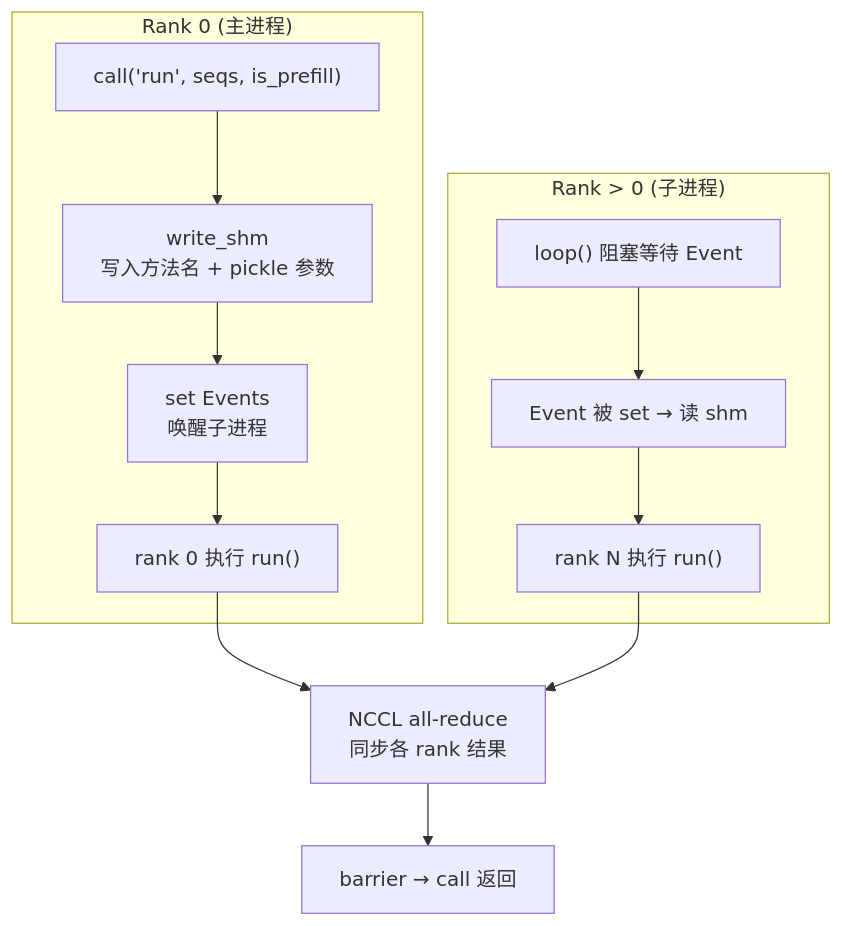
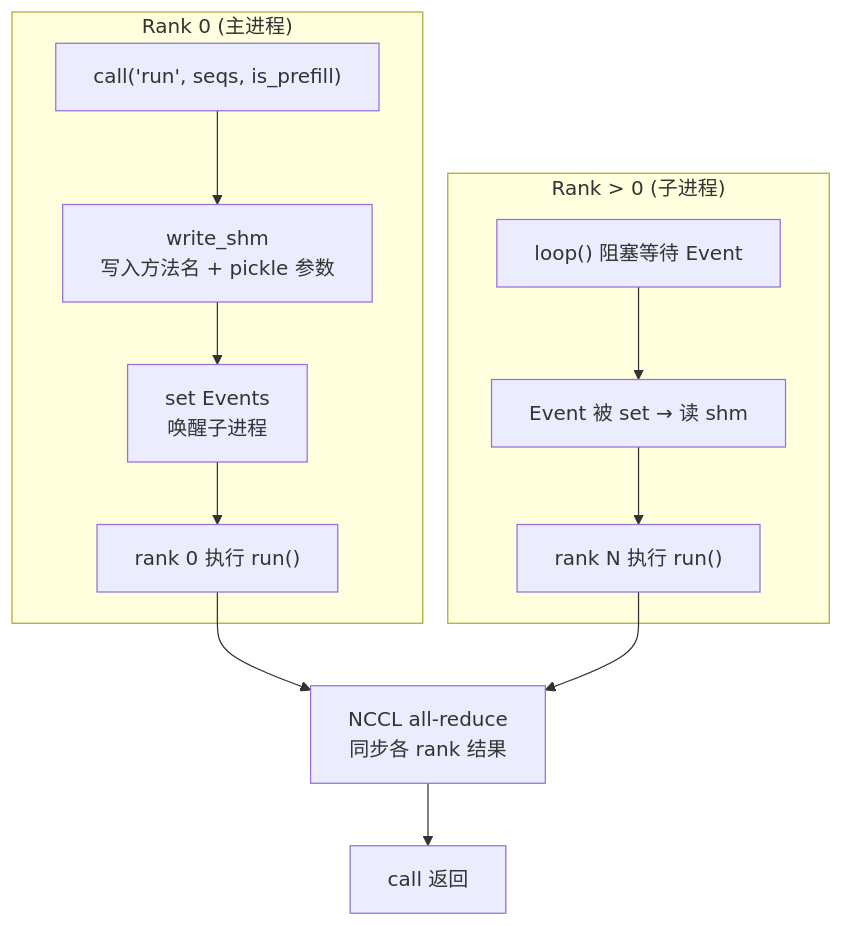
The third of 4 diagrams in docs/llm-inference-visual/slides/slides.08.md (ForceInjection/nano-vllm), drawn with Mermaid before and after one commit. The commit also changed other lines of this file, not shown here.

````diff
--- a/docs/llm-inference-visual/slides/slides.08.md
+++ b/docs/llm-inference-visual/slides/slides.08.md
@@ -254,15 +270,15 @@
 ```mermaid {scale: 0.65}
 flowchart TD
     subgraph RANK0["Rank 0 (主进程)"]
         R0C["call('run', seqs, is_prefill)"] --> R0W["write_shm<br/>写入方法名 + pickle 参数"]
         R0W --> R0E["set Events<br/>唤醒子进程"]
         R0E --> R0X["rank 0 执行 run()"]
     end
     subgraph RANKN["Rank > 0 (子进程)"]
         RN["loop() 阻塞等待 Event"]
         RN --> RNR["Event 被 set → 读 shm"]
         RNR --> RNX["rank N 执行 run()"]
     end
     R0X & RNX --> SYNC["NCCL all-reduce<br/>同步各 rank 结果"]
-    SYNC --> DONE["barrier → call 返回"]
+    SYNC --> DONE["call 返回"]
 ```
````
